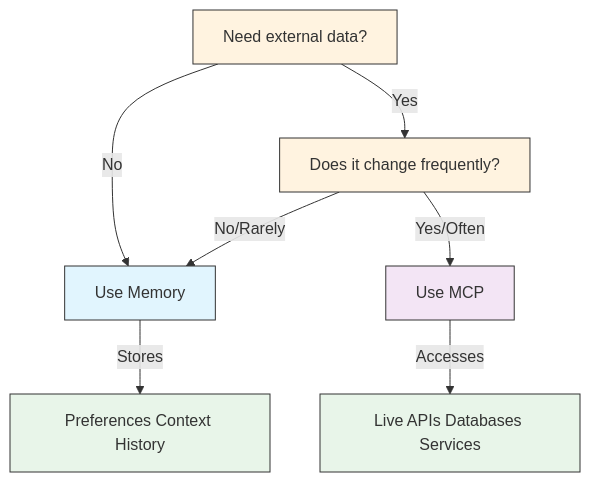
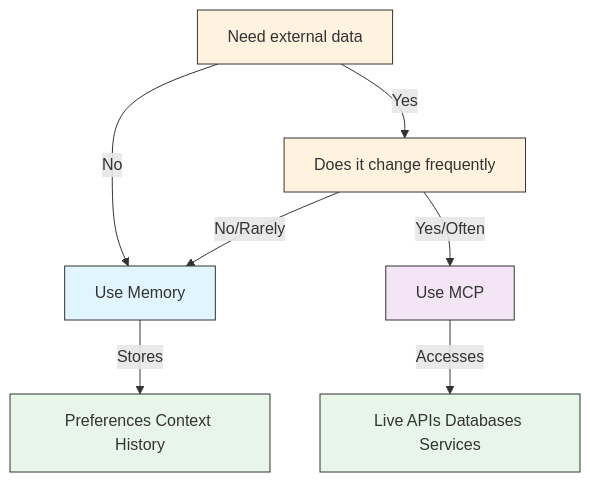
One commit to Rx782-Fss/claude-howto-zh changed the fourth of 7 diagrams in claude-howto-zh/05-mcp/README.md. Above: the diagram before and after it, drawn with Mermaid. The commit also changed 6 other files, not shown here.

First line of the commit message:
fix: 清除 Mermaid 节点/消息中的问号(?)导致GitHub渲染失败

````diff
--- a/claude-howto-zh/05-mcp/README.md
+++ b/claude-howto-zh/05-mcp/README.md
@@ -557,18 +557,18 @@
 ```mermaid
 graph TD
-    A["Need external data?"]
+    A["Need external data"]
     A -->|No| B["Use Memory"]
-    A -->|Yes| C["Does it change frequently?"]
+    A -->|Yes| C["Does it change frequently"]
     C -->|No/Rarely| B
     C -->|Yes/Often| D["Use MCP"]
 
     B -->|Stores| E["Preferences Context History"]
     D -->|Accesses| F["Live APIs Databases Services"]
 
     style A fill:#fff3e0,stroke:#333,color:#333
     style B fill:#e1f5fe,stroke:#333,color:#333
     style C fill:#fff3e0,stroke:#333,color:#333
     style D fill:#f3e5f5,stroke:#333,color:#333
     style E fill:#e8f5e9,stroke:#333,color:#333
     style F fill:#e8f5e9,stroke:#333,color:#333
 ```
````
